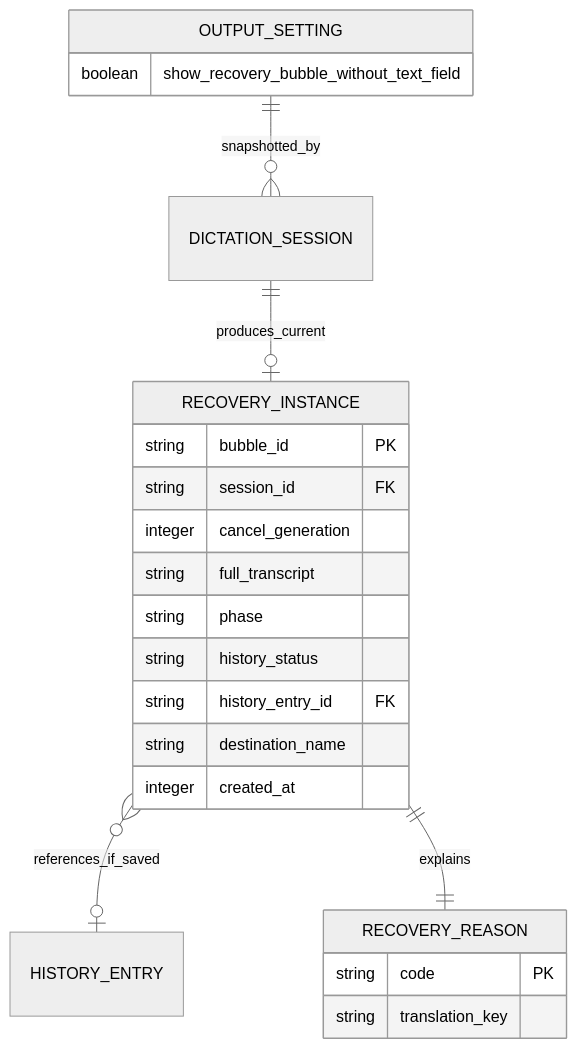
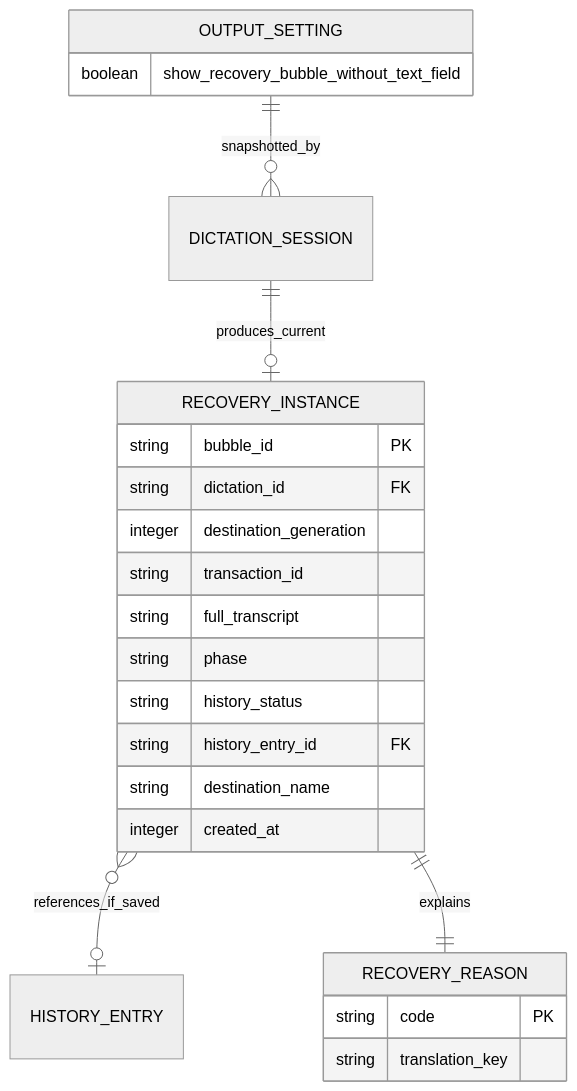
Before and after one commit to julien-m/handy: the fourth of 4 diagrams in .specs/features/010-recovery-bubble/plan.md, drawn with Mermaid (neutral theme). The commit also changed other lines of this file and 3 other files, not shown here.

````diff
--- a/.specs/features/010-recovery-bubble/plan.md
+++ b/.specs/features/010-recovery-bubble/plan.md
@@ -315,25 +333,26 @@
 ```mermaid
 erDiagram
   DICTATION_SESSION ||--o| RECOVERY_INSTANCE : produces_current
   RECOVERY_INSTANCE }o--o| HISTORY_ENTRY : references_if_saved
   RECOVERY_INSTANCE ||--|| RECOVERY_REASON : explains
   OUTPUT_SETTING ||--o{ DICTATION_SESSION : snapshotted_by
   RECOVERY_INSTANCE {
     string bubble_id PK
-    string session_id FK
-    integer cancel_generation
+    string dictation_id FK
+    integer destination_generation
+    string transaction_id
     string full_transcript
     string phase
     string history_status
     string history_entry_id FK
     string destination_name
     integer created_at
   }
   RECOVERY_REASON {
     string code PK
     string translation_key
   }
   OUTPUT_SETTING {
     boolean show_recovery_bubble_without_text_field
   }
 ```
````
